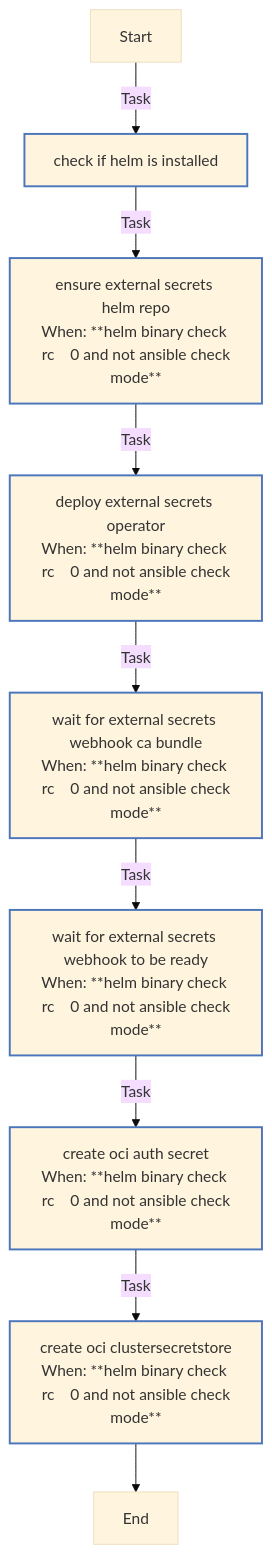
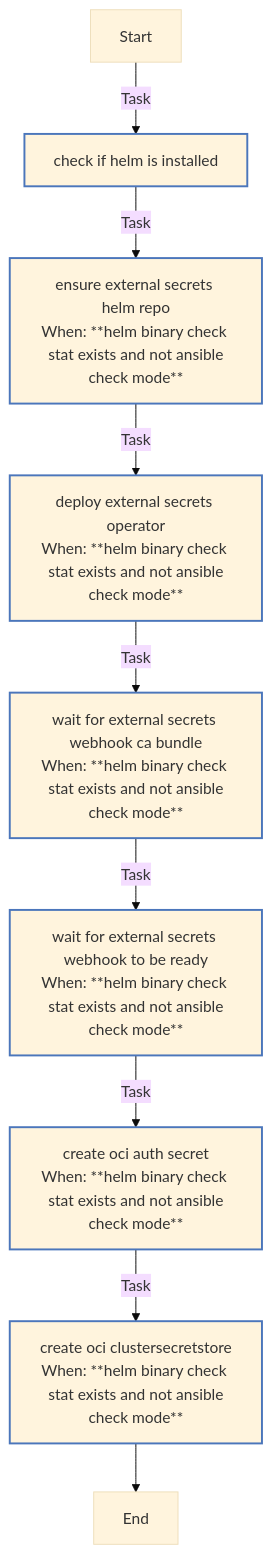
One commit to rou-cru/k3s-homelab changed the diagram in roles/external_secrets/README.md. Above: the diagram before and after it, drawn with Mermaid (base theme). The commit also changed other lines of this file and 26 other files, not shown here.

````diff
--- a/roles/external_secrets/README.md
+++ b/roles/external_secrets/README.md
@@ -82,21 +82,21 @@
 ```mermaid
 flowchart TD
 Start
 classDef block stroke:#3498db,stroke-width:2px;
 classDef task stroke:#4b76bb,stroke-width:2px;
 classDef includeTasks stroke:#16a085,stroke-width:2px;
 classDef importTasks stroke:#34495e,stroke-width:2px;
 classDef includeRole stroke:#2980b9,stroke-width:2px;
 classDef importRole stroke:#699ba7,stroke-width:2px;
 classDef includeVars stroke:#8e44ad,stroke-width:2px;
 classDef rescue stroke:#665352,stroke-width:2px;
 
   Start-->|Task| Check_if_Helm_is_installed0[check if helm is installed]:::task
-  Check_if_Helm_is_installed0-->|Task| Ensure_External_Secrets_Helm_repo1[ensure external secrets helm repo<br>When: **helm binary check rc    0 and not ansible check<br>mode**]:::task
-  Ensure_External_Secrets_Helm_repo1-->|Task| Deploy_External_Secrets_Operator2[deploy external secrets operator<br>When: **helm binary check rc    0 and not ansible check<br>mode**]:::task
-  Deploy_External_Secrets_Operator2-->|Task| Wait_for_external_secrets_webhook_CA_bundle3[wait for external secrets webhook ca bundle<br>When: **helm binary check rc    0 and not ansible check<br>mode**]:::task
-  Wait_for_external_secrets_webhook_CA_bundle3-->|Task| Wait_for_external_secrets_webhook_to_be_ready4[wait for external secrets webhook to be ready<br>When: **helm binary check rc    0 and not ansible check<br>mode**]:::task
-  Wait_for_external_secrets_webhook_to_be_ready4-->|Task| Create_OCI_Auth_Secret5[create oci auth secret<br>When: **helm binary check rc    0 and not ansible check<br>mode**]:::task
-  Create_OCI_Auth_Secret5-->|Task| Create_OCI_ClusterSecretStore6[create oci clustersecretstore<br>When: **helm binary check rc    0 and not ansible check<br>mode**]:::task
+  Check_if_Helm_is_installed0-->|Task| Ensure_External_Secrets_Helm_repo1[ensure external secrets helm repo<br>When: **helm binary check stat exists and not ansible<br>check mode**]:::task
+  Ensure_External_Secrets_Helm_repo1-->|Task| Deploy_External_Secrets_Operator2[deploy external secrets operator<br>When: **helm binary check stat exists and not ansible<br>check mode**]:::task
+  Deploy_External_Secrets_Operator2-->|Task| Wait_for_external_secrets_webhook_CA_bundle3[wait for external secrets webhook ca bundle<br>When: **helm binary check stat exists and not ansible<br>check mode**]:::task
+  Wait_for_external_secrets_webhook_CA_bundle3-->|Task| Wait_for_external_secrets_webhook_to_be_ready4[wait for external secrets webhook to be ready<br>When: **helm binary check stat exists and not ansible<br>check mode**]:::task
+  Wait_for_external_secrets_webhook_to_be_ready4-->|Task| Create_OCI_Auth_Secret5[create oci auth secret<br>When: **helm binary check stat exists and not ansible<br>check mode**]:::task
+  Create_OCI_Auth_Secret5-->|Task| Create_OCI_ClusterSecretStore6[create oci clustersecretstore<br>When: **helm binary check stat exists and not ansible<br>check mode**]:::task
   Create_OCI_ClusterSecretStore6-->End
 ```
````
